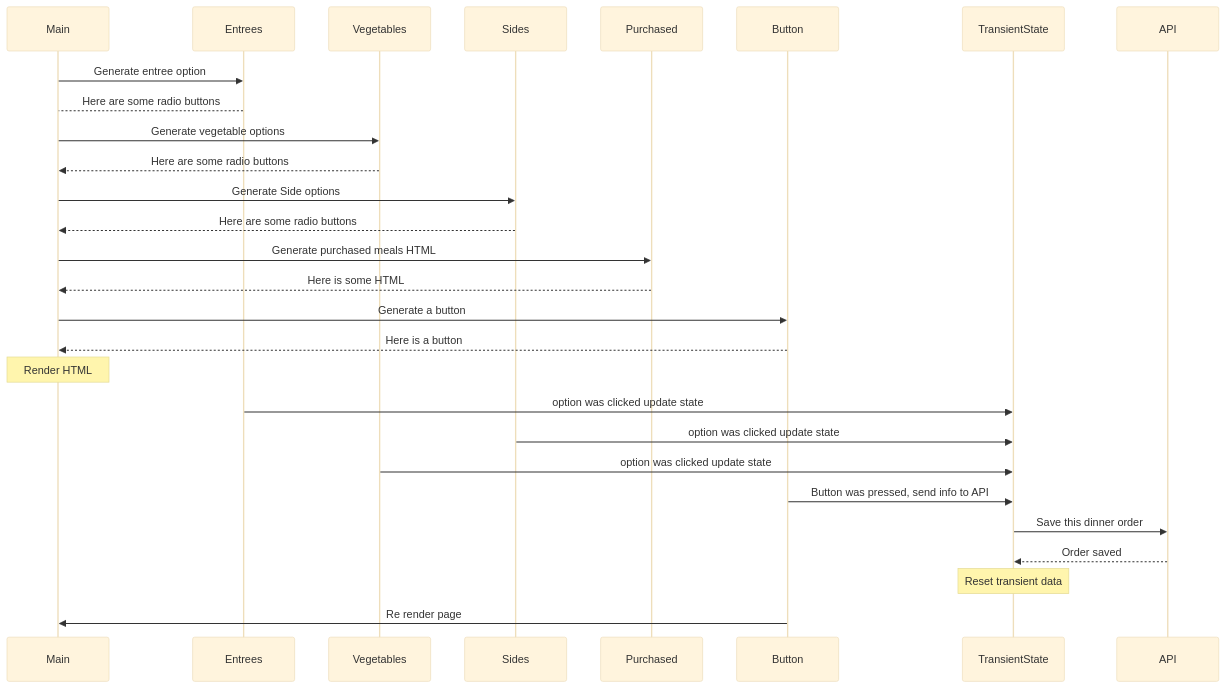
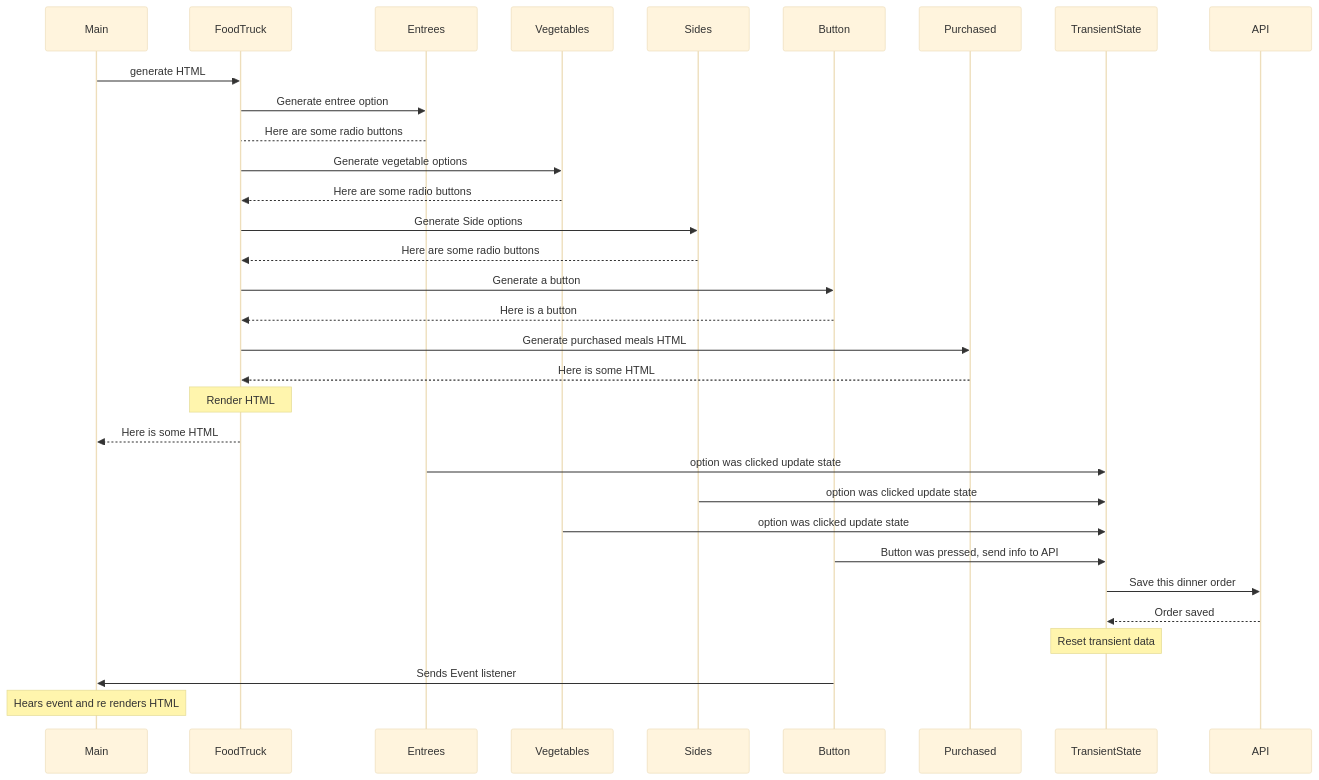
The diagram in diagrams/seq.mmd (NSS-Day-Cohort-78/House-of-Hummus-patrick-mcisaac), drawn with Mermaid (base theme) before and after one commit. The commit also changed 13 other files, not shown here.

```diff
--- a/diagrams/seq.mmd
+++ b/diagrams/seq.mmd
@@ -1,33 +1,43 @@
+---
+id: 62ebd404-4647-41ba-bc1d-8130d3c288fa
+---
 sequenceDiagram
-    Main ->> Entrees: Generate entree option
-    Entrees --> Main: Here are some radio buttons
 
-    Main->>Vegetables: Generate vegetable options
-    Vegetables-->>Main: Here are some radio buttons
+    Main ->> FoodTruck: generate HTML
+    
+    FoodTruck ->> Entrees: Generate entree option
+    Entrees --> FoodTruck: Here are some radio buttons
 
-    Main->>Sides: Generate Side options
-    Sides-->>Main: Here are some radio buttons
+    FoodTruck->>Vegetables: Generate vegetable options
+    Vegetables-->>FoodTruck: Here are some radio buttons
 
-    Main->>Purchased: Generate purchased meals HTML
-    Purchased-->>Main: Here is some HTML
+    FoodTruck->>Sides: Generate Side options
+    Sides-->>FoodTruck: Here are some radio buttons
 
-    Main->>Button: Generate a button
-    Button-->>Main: Here is a button
+    FoodTruck->>Button: Generate a button
+    Button-->>FoodTruck: Here is a button
 
-    Note over Main: Render HTML
+    FoodTruck->>Purchased: Generate purchased meals HTML
+    Purchased-->>FoodTruck: Here is some HTML
+
+    Note over FoodTruck: Render HTML
+
+    FoodTruck -->> Main: Here is some HTML
 
     Entrees ->> TransientState: option was clicked update state
 
     Sides ->> TransientState: option was clicked update state
 
     Vegetables ->> TransientState: option was clicked update state
 
     Button ->> TransientState: Button was pressed, send info to API
 
     TransientState->>API: Save this dinner order
 
     API-->>TransientState: Order saved
 
     Note over TransientState: Reset transient data
 
-    Button ->> Main: Re render page
+    Button ->> Main: Sends Event listener
+
+    Note over Main: Hears event and re renders HTML
```
